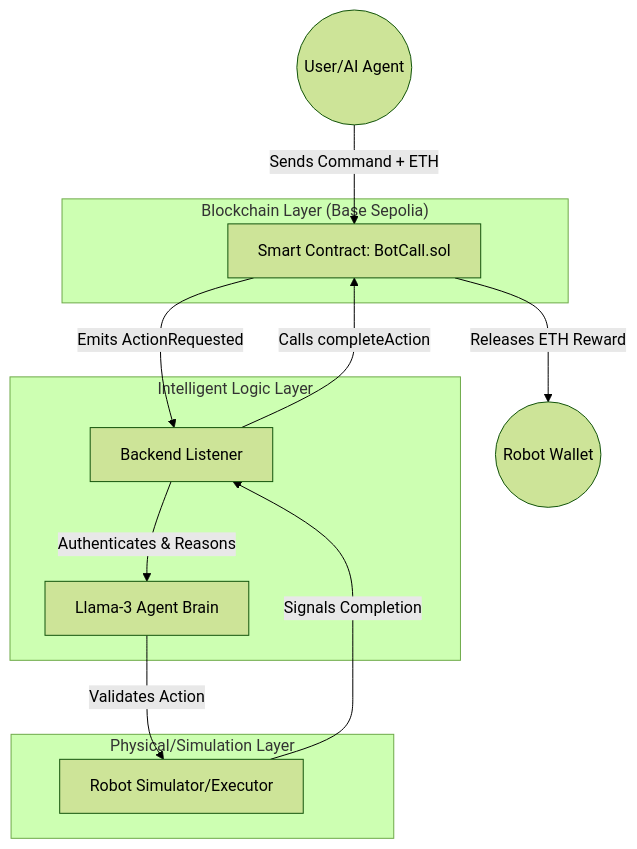
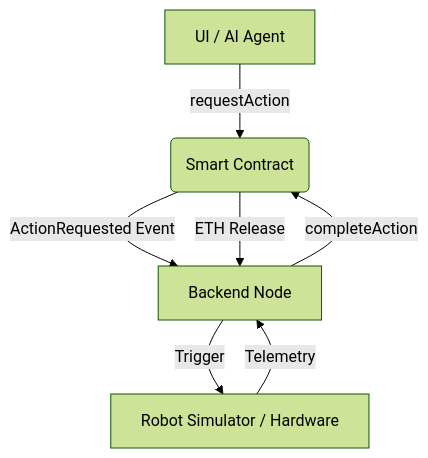
The diagram in README.md (nayrbryanGaming/botcall-protocol), drawn with Mermaid (forest theme) before and after one commit. The commit also changed other lines of this file and 2 other files, not shown here.

Commit message:
feat: 101% perfected release - visual wow, elite docs, and production stability v1.4.2

````diff
--- a/README.md
+++ b/README.md
@@ -15,23 +10,9 @@
 ```mermaid
 graph TD
-    User((User/AI Agent)) -->|Sends Command + ETH| SC[Smart Contract: BotCall.sol]
-    SC -->|Emits ActionRequested| BL[Backend Listener]
-    BL -->|Authenticates & Reasons| GroqAI[Llama-3 Agent Brain]
-    GroqAI -->|Validates Action| RS[Robot Simulator/Executor]
-    RS -->|Signals Completion| BL
-    BL -->|Calls completeAction| SC
-    SC -->|Releases ETH Reward| ExecutorWallet((Robot Wallet))
-    
-    subgraph "Blockchain Layer (Base Sepolia)"
-    SC
-    end
-    
-    subgraph "Intelligent Logic Layer"
-    BL
-    GroqAI
-    end
-    
-    subgraph "Physical/Simulation Layer"
-    RS
-    end
+    A[UI / AI Agent] -->|requestAction| B(Smart Contract)
+    B -->|ActionRequested Event| C[Backend Node]
+    C -->|Trigger| D[Robot Simulator / Hardware]
+    D -->|Telemetry| C
+    C -->|completeAction| B
+    B -->|ETH Release| C
 ```
````
